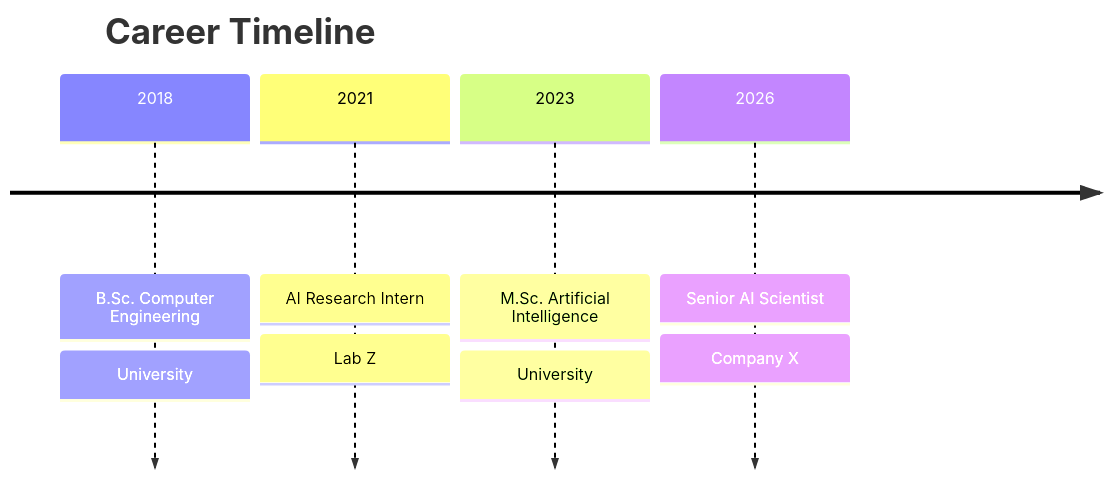
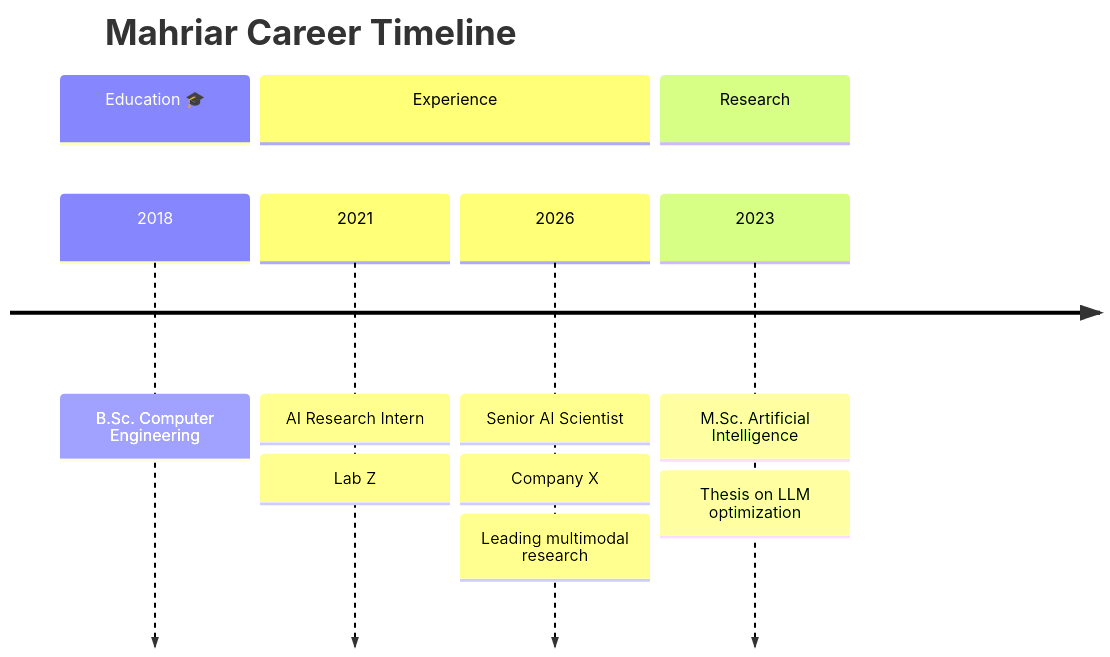
The diagram in applicationSystem/PYDEV.md (UDynamic/ML-Engineering-job-Prep), drawn with Mermaid before and after one commit. The commit also changed other lines of this file, not shown here.

Commit message:
learning all about mermaid

````diff
--- a/applicationSystem/PYDEV.md
+++ b/applicationSystem/PYDEV.md
@@ -23,16 +11,19 @@
 ```mermaid
 timeline
-    title Career Timeline
+    title Mahriar Career Timeline
 
+    section Education 🎓
     2018 : B.Sc. Computer Engineering
-         : University
 
+    section Experience
     2021 : AI Research Intern
          : Lab Z
 
-    2023 : M.Sc. Artificial Intelligence
-         : University
-
     2026 : Senior AI Scientist
          : Company X
+         : Leading multimodal research
+
+    section Research
+    2023 : M.Sc. Artificial Intelligence
+         : Thesis on LLM optimization
 ```
````
